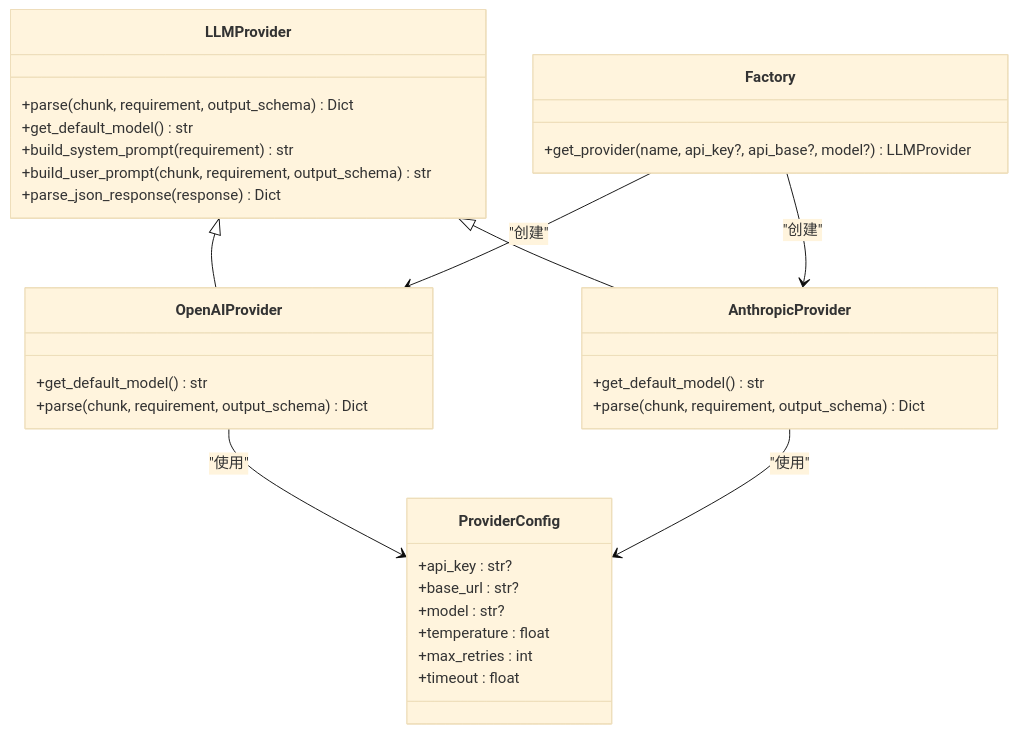
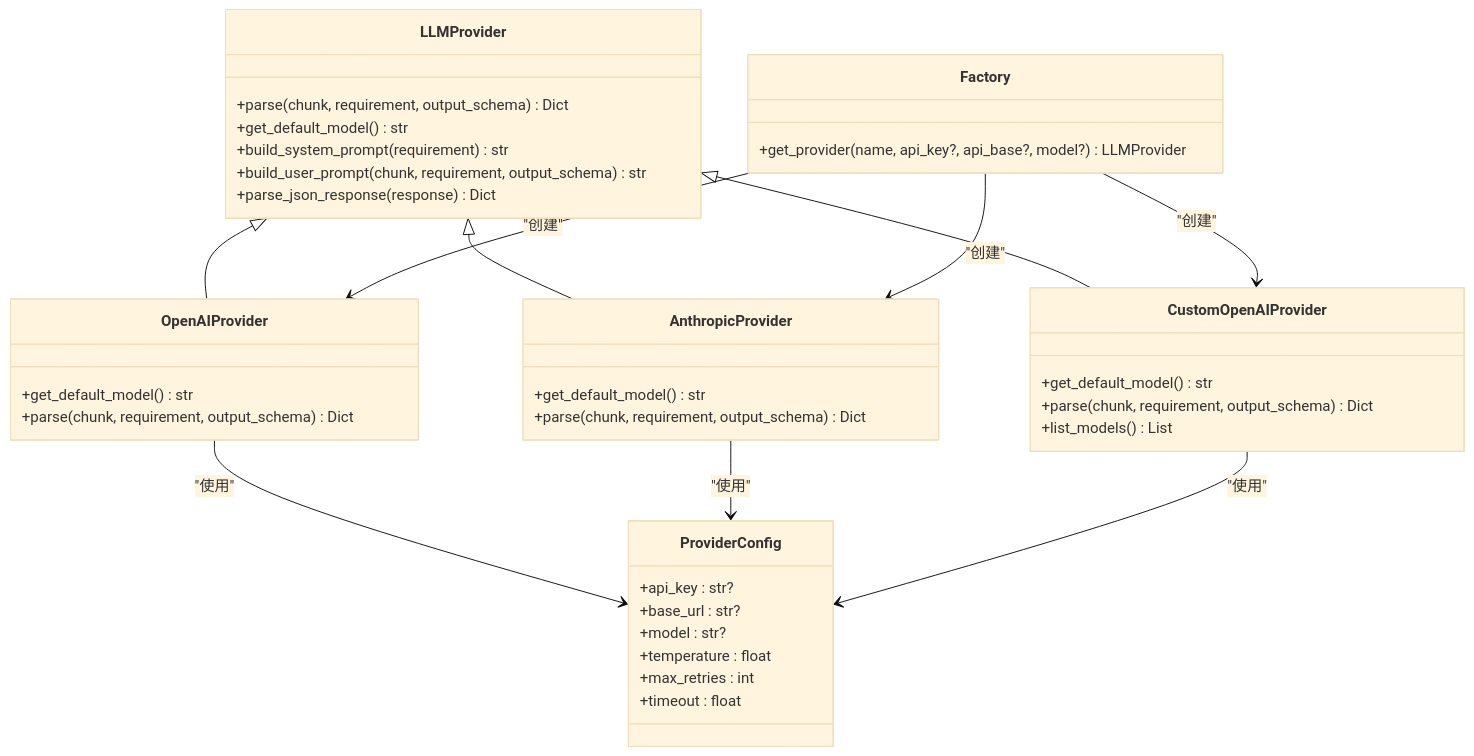
The fourth of 5 diagrams in .qoder/repowiki/zh/content/测试指南.md (wowzhangji/doc_ai_parser), drawn with Mermaid (base theme) before and after one commit. The commit also changed other lines of this file and 25 other files, not shown here.

````diff
--- a/.qoder/repowiki/zh/content/测试指南.md
+++ b/.qoder/repowiki/zh/content/测试指南.md
@@ -203,35 +215,43 @@
 ```mermaid
 classDiagram
 class LLMProvider {
 +parse(chunk, requirement, output_schema) Dict
 +get_default_model() str
 +build_system_prompt(requirement) str
 +build_user_prompt(chunk, requirement, output_schema) str
 +parse_json_response(response) Dict
 }
 class ProviderConfig {
 +api_key : str?
 +base_url : str?
 +model : str?
 +temperature : float
 +max_retries : int
 +timeout : float
 }
 class OpenAIProvider {
 +get_default_model() str
 +parse(chunk, requirement, output_schema) Dict
 }
 class AnthropicProvider {
 +get_default_model() str
 +parse(chunk, requirement, output_schema) Dict
 }
+class CustomOpenAIProvider {
++get_default_model() str
++parse(chunk, requirement, output_schema) Dict
++list_models() List
+}
 class Factory {
 +get_provider(name, api_key?, api_base?, model?) LLMProvider
 }
 LLMProvider <|-- OpenAIProvider
 LLMProvider <|-- AnthropicProvider
+LLMProvider <|-- CustomOpenAIProvider
 Factory --> OpenAIProvider : "创建"
 Factory --> AnthropicProvider : "创建"
+Factory --> CustomOpenAIProvider : "创建"
 OpenAIProvider --> ProviderConfig : "使用"
 AnthropicProvider --> ProviderConfig : "使用"
+CustomOpenAIProvider --> ProviderConfig : "使用"
 ```
````
